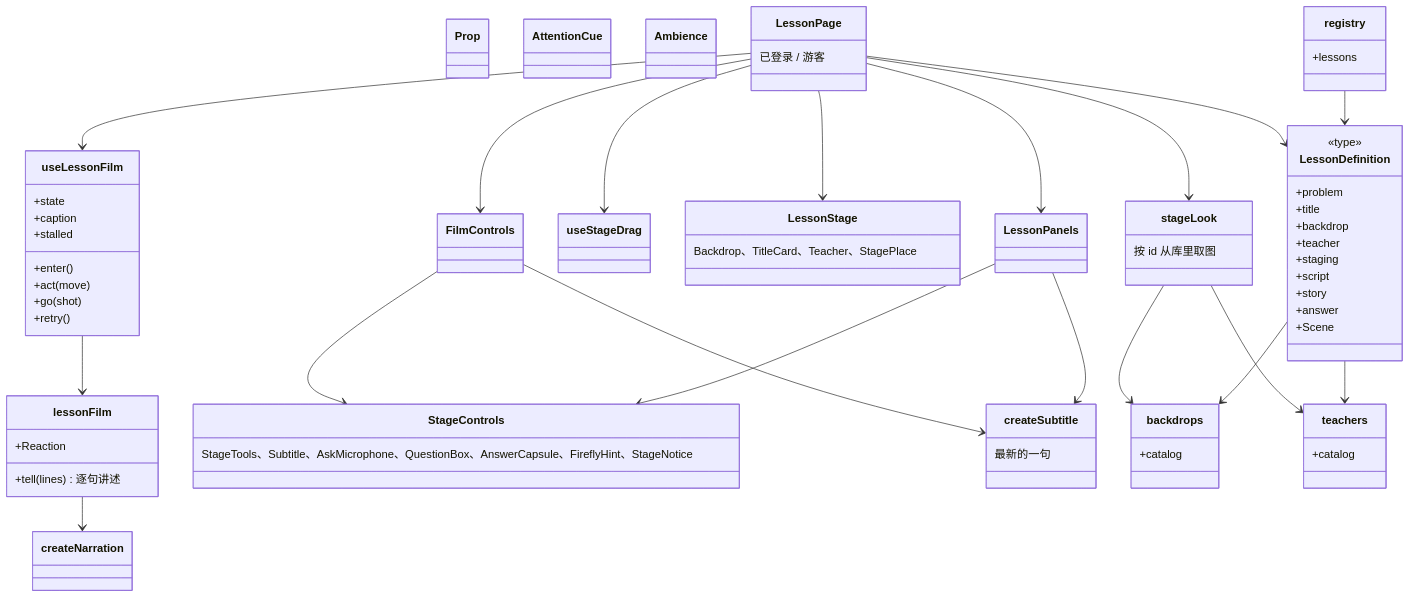
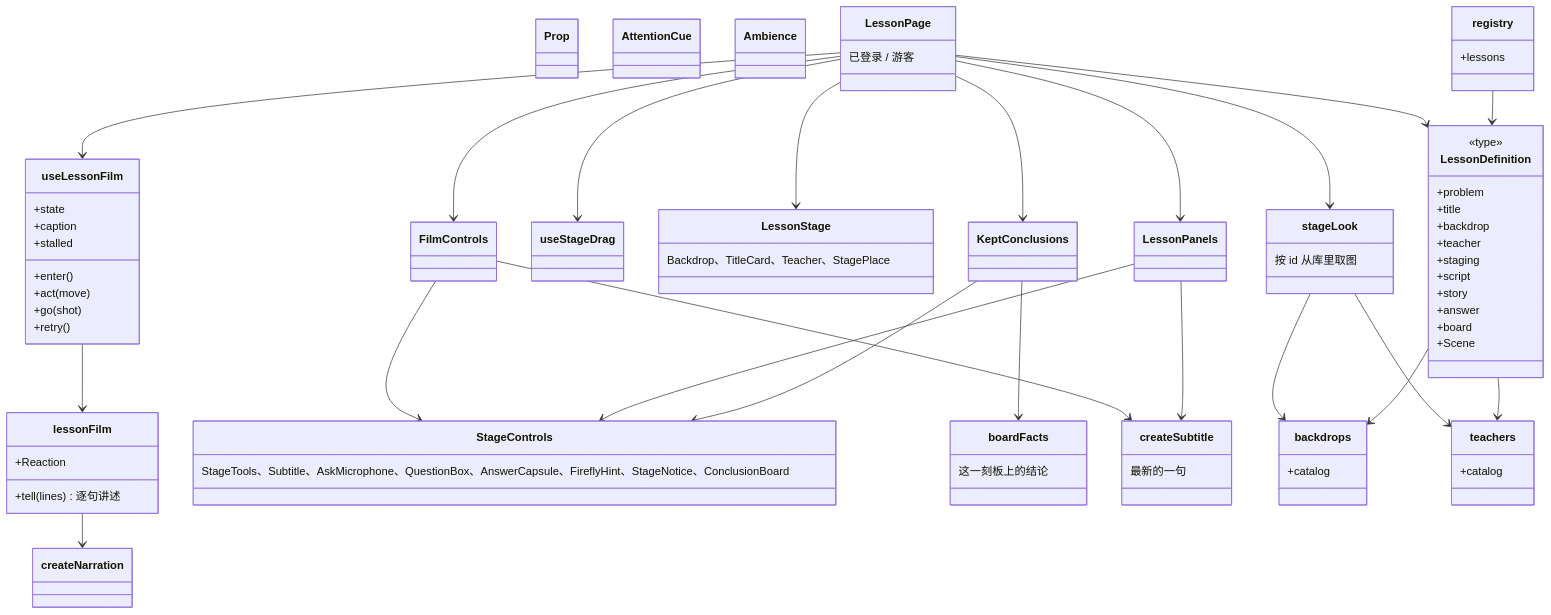
Before and after one commit to juanchaopan/education: the second of 2 diagrams in docs/design/lesson-kit.md, drawn with Mermaid. The commit also changed other lines of this file and 86 other files, not shown here.

First line of the commit message:
feat(learning): conclusion board keeps each scene's conclusions in sight (#181) (#213)

```diff
--- a/docs/design/lesson-kit.md
+++ b/docs/design/lesson-kit.md
@@ -79,6 +79,7 @@
     +script
     +story
     +answer
+    +board
     +Scene
   }
   class lessonFilm {
@@ -99,7 +100,7 @@
     Backdrop、TitleCard、Teacher、StagePlace
   }
   class StageControls {
-    StageTools、Subtitle、AskMicrophone、QuestionBox、AnswerCapsule、FireflyHint、StageNotice
+    StageTools、Subtitle、AskMicrophone、QuestionBox、AnswerCapsule、FireflyHint、StageNotice、ConclusionBoard
   }
   class Prop
   class AttentionCue
@@ -109,6 +110,10 @@
   }
   class FilmControls
   class LessonPanels
+  class KeptConclusions
+  class boardFacts {
+    这一刻板上的结论
+  }
   class createSubtitle {
     最新的一句
   }
@@ -131,8 +136,11 @@
   LessonPage --> LessonStage
   LessonPage --> FilmControls
   LessonPage --> LessonPanels
+  LessonPage --> KeptConclusions
   FilmControls --> StageControls
   LessonPanels --> StageControls
+  KeptConclusions --> boardFacts
+  KeptConclusions --> StageControls
   FilmControls --> createSubtitle
   LessonPanels --> createSubtitle
   useLessonFilm --> lessonFilm
```
